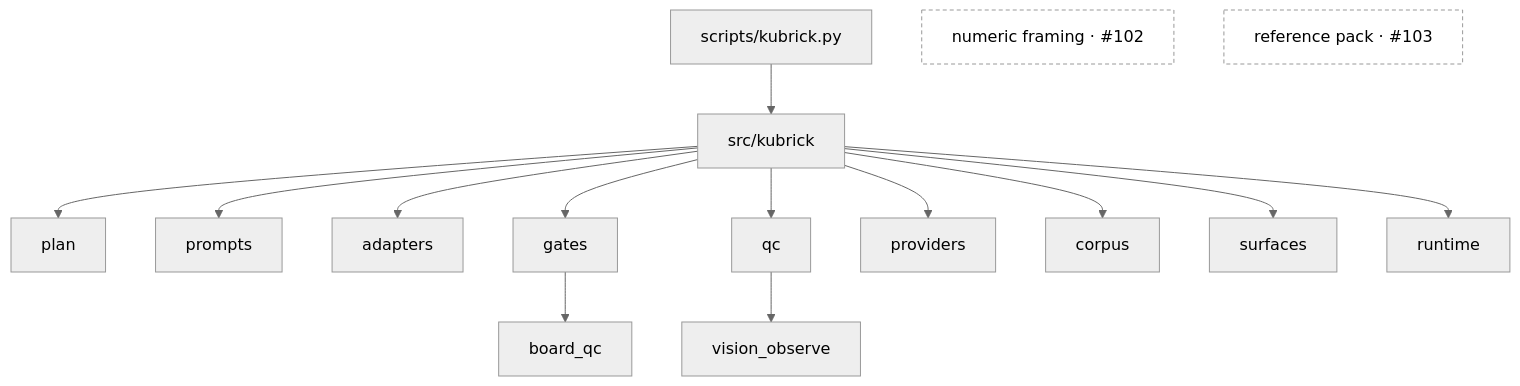
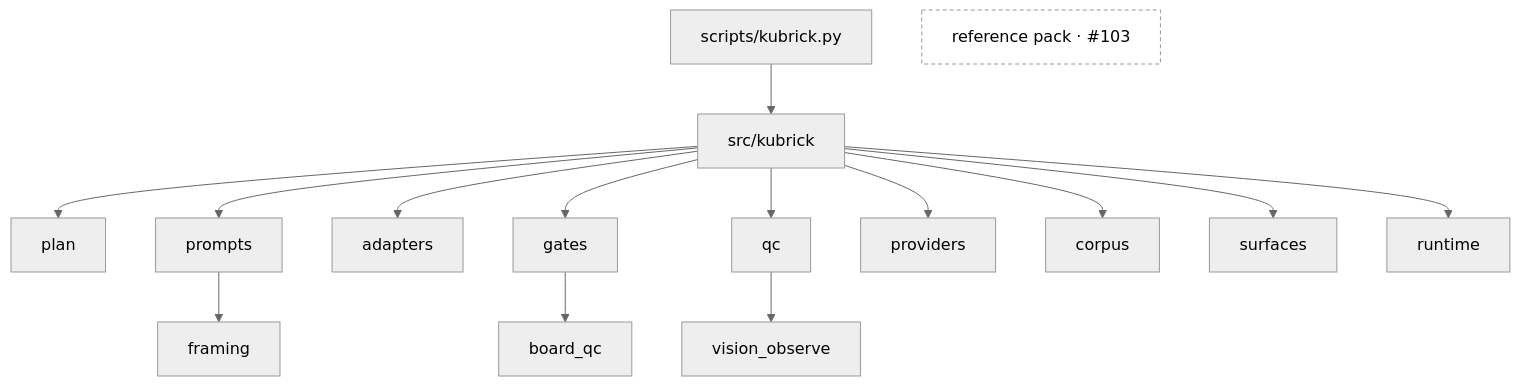
Before and after one commit to Zero-State-LLC/Kubrick: the diagram in skills/kubrick/README.md, drawn with Mermaid (neutral theme). The commit also changed other lines of this file and 29 other files, not shown here.

First line of the commit message:
Score numeric framing and keep video prompts to one move (#102)

````diff
--- a/skills/kubrick/README.md
+++ b/skills/kubrick/README.md
@@ -36,19 +36,19 @@
 ```mermaid
 flowchart TB
   cli["scripts/kubrick.py"] --> core["src/kubrick"]
   core --> plan["plan"]
   core --> prompts["prompts"]
+  prompts --> framing["framing"]
   core --> adapters["adapters"]
   core --> gates["gates"]
   gates --> board["board_qc"]
   core --> qc["qc"]
   qc --> take["vision_observe"]
   core --> providers["providers"]
   core --> corpus["corpus"]
   core --> surfaces["surfaces"]
   core --> runtime["runtime"]
-  framing["numeric framing · #102"]
   refpack["reference pack · #103"]
   classDef planned stroke-dasharray: 4 3,fill:none
-  class framing,refpack planned
+  class refpack planned
 ```
````
